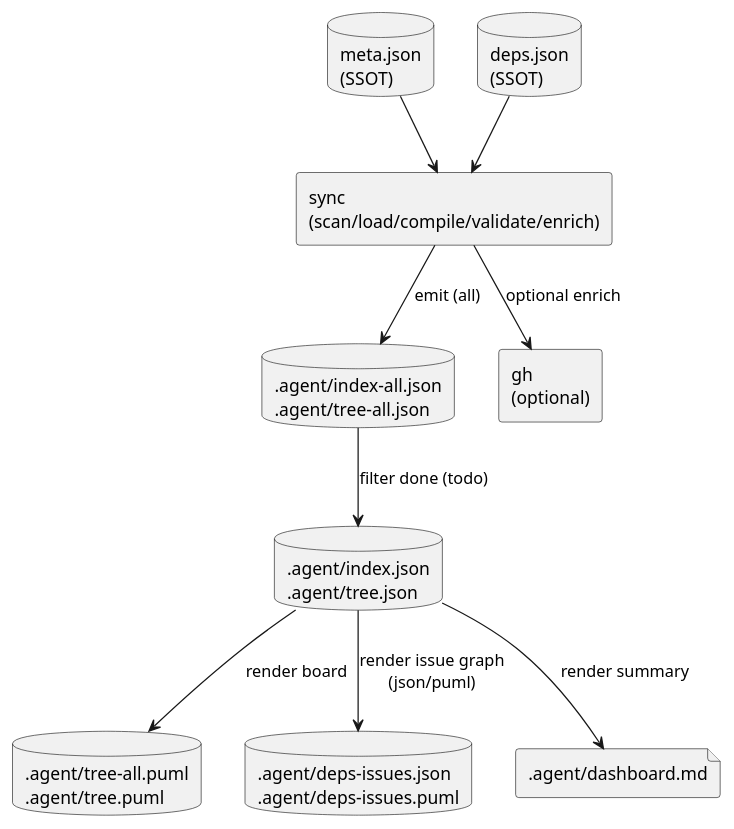
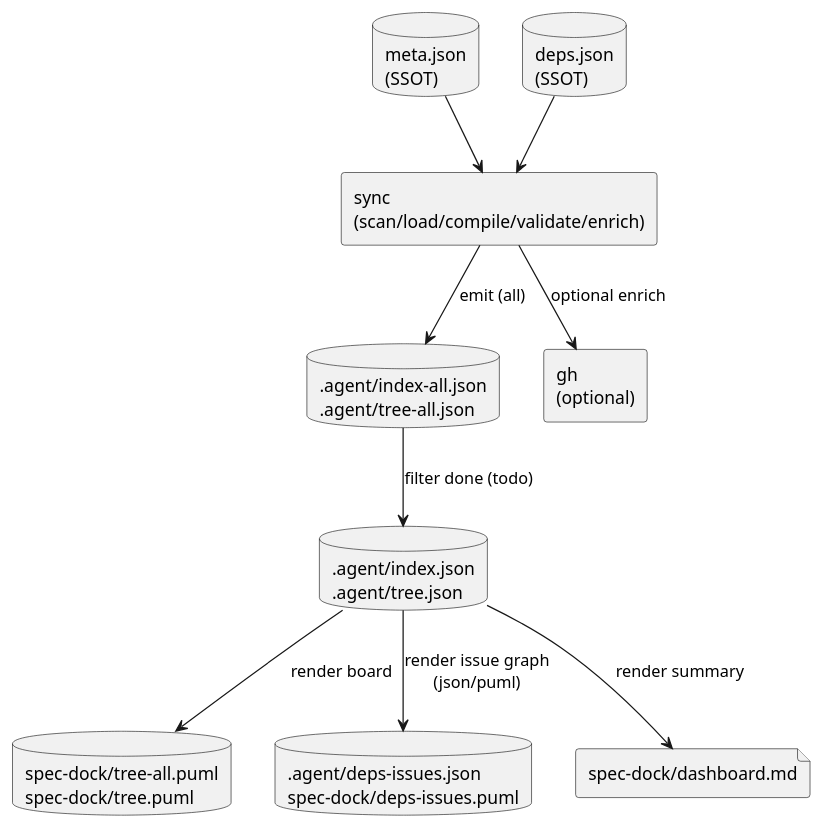
Before and after one commit to chemitaro/spec-dock: the diagram in spec-deps/current/artifacts/strawman-agent-artifacts-v2.md, drawn with PlantUML. The commit also changed other lines of this file and 7 other files, not shown here.

````diff
--- a/spec-deps/current/artifacts/strawman-agent-artifacts-v2.md
+++ b/spec-deps/current/artifacts/strawman-agent-artifacts-v2.md
@@ -73,24 +73,24 @@
 ```plantuml
 @startuml
 skinparam shadowing false
 
 database "meta.json\n(SSOT)" as Meta
 database "deps.json\n(SSOT)" as Deps
 rectangle "sync\n(scan/load/compile/validate/enrich)" as Sync
 database ".agent/index-all.json\n.agent/tree-all.json" as All
 database ".agent/index.json\n.agent/tree.json" as Todo
-database ".agent/tree-all.puml\n.agent/tree.puml" as TreePuml
-database ".agent/deps-issues.json\n.agent/deps-issues.puml" as DepsIssues
-file ".agent/dashboard.md" as Dashboard
+database "spec-dock/tree-all.puml\nspec-dock/tree.puml" as TreePuml
+database ".agent/deps-issues.json\nspec-dock/deps-issues.puml" as DepsIssues
+file "spec-dock/dashboard.md" as Dashboard
 rectangle "gh\n(optional)" as GH
 
 Meta --> Sync
 Deps --> Sync
 Sync --> GH : optional enrich
 Sync --> All : emit (all)
 All --> Todo : filter done (todo)
 Todo --> TreePuml : render board
 Todo --> DepsIssues : render issue graph\n(json/puml)
 Todo --> Dashboard : render summary
 @enduml
 ```
````
